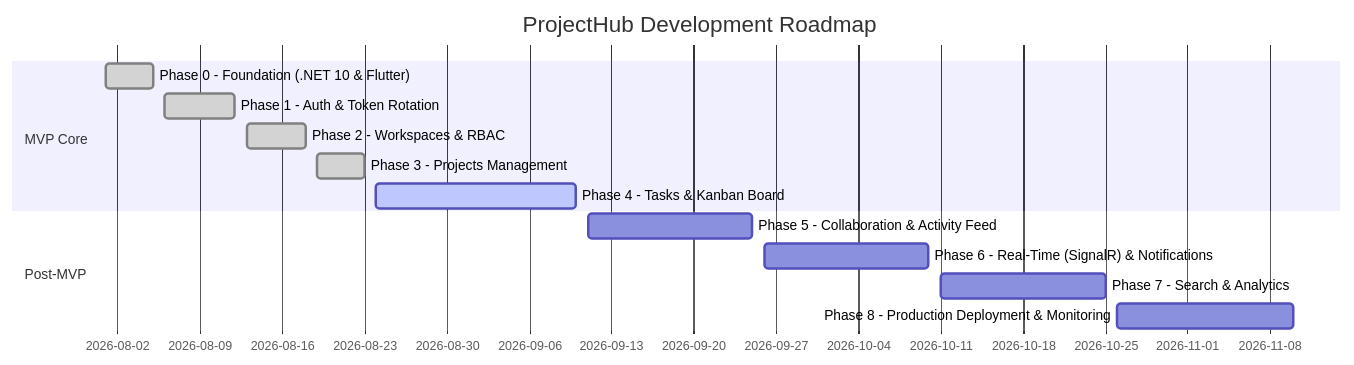
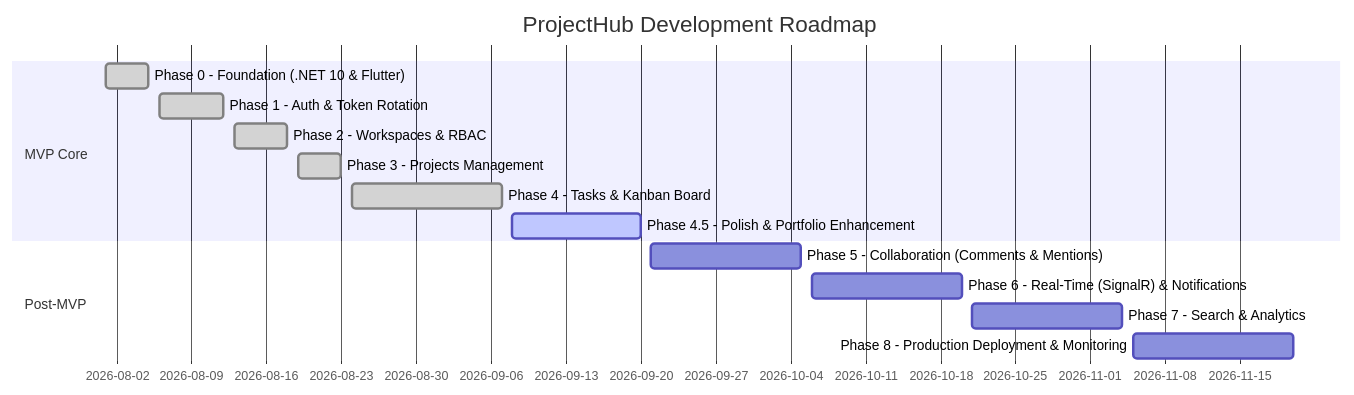
One commit to Clark605/ProjectHub changed the diagram in docs/prd.md. Above: the diagram before and after it, drawn with Mermaid. The commit also changed other lines of this file and 10 other files, not shown here.

First line of the commit message:
docs: record ADRs 0010-0014 and update architecture specs for Phase 4.5

````diff
--- a/docs/prd.md
+++ b/docs/prd.md
@@ -97,16 +113,17 @@
 ```mermaid
 gantt
     title ProjectHub Development Roadmap
     dateFormat  YYYY-MM-DD
     section MVP Core
     Phase 0 - Foundation (.NET 10 & Flutter)      :done, 2026-08-01, 2026-08-05
     Phase 1 - Auth & Token Rotation              :done, 2026-08-06, 2026-08-12
     Phase 2 - Workspaces & RBAC                  :done, 2026-08-13, 2026-08-18
     Phase 3 - Projects Management                :done, 2026-08-19, 2026-08-23
-    Phase 4 - Tasks & Kanban Board               :active, 2026-08-24, 2026-09-10
+    Phase 4 - Tasks & Kanban Board               :done, 2026-08-24, 2026-09-07
+    Phase 4.5 - Polish & Portfolio Enhancement   :active, 2026-09-08, 2026-09-20
     section Post-MVP
-    Phase 5 - Collaboration & Activity Feed      :2026-09-11, 2026-09-25
-    Phase 6 - Real-Time (SignalR) & Notifications:2026-09-26, 2026-10-10
-    Phase 7 - Search & Analytics                 :2026-10-11, 2026-10-25
-    Phase 8 - Production Deployment & Monitoring :2026-10-26, 2026-11-10
+    Phase 5 - Collaboration (Comments & Mentions):2026-09-21, 2026-10-05
+    Phase 6 - Real-Time (SignalR) & Notifications:2026-10-06, 2026-10-20
+    Phase 7 - Search & Analytics                 :2026-10-21, 2026-11-04
+    Phase 8 - Production Deployment & Monitoring :2026-11-05, 2026-11-20
 ```
````
